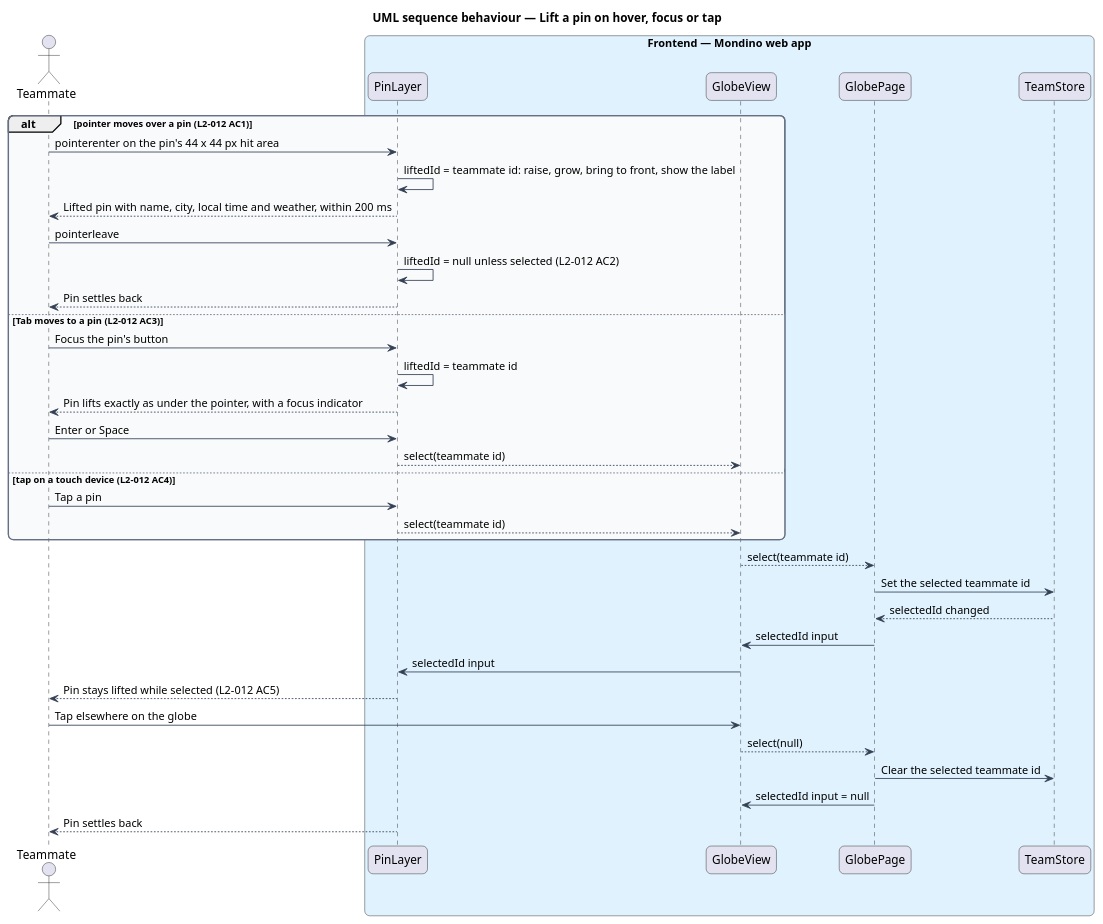
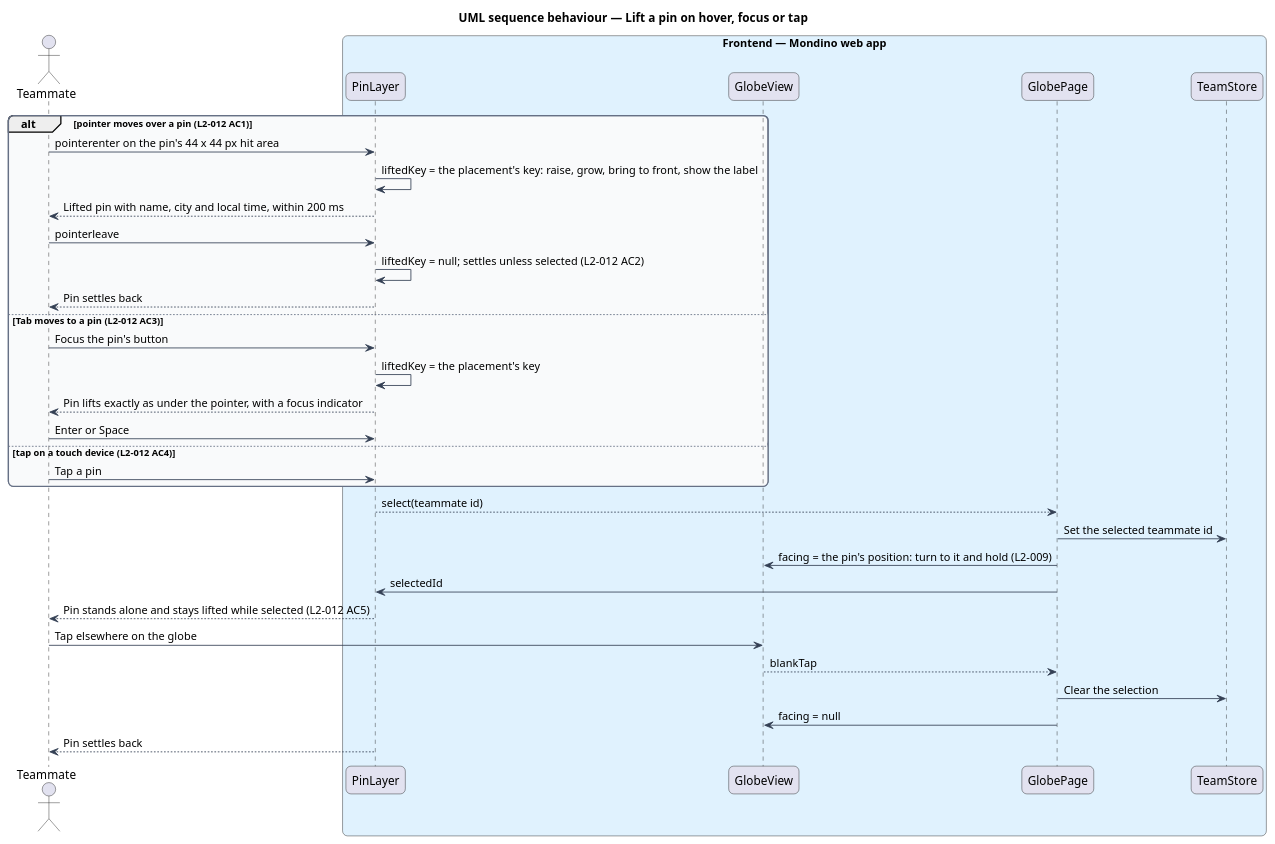
Before and after one commit to QuinntyneBrown/Mondino: the diagram in docs/detailed-designs/globe/show-pins/diagrams/sequence-lift-pin.puml, drawn with PlantUML. The commit also changed 21 other files, not shown here.

```diff
--- a/docs/detailed-designs/globe/show-pins/diagrams/sequence-lift-pin.puml
+++ b/docs/detailed-designs/globe/show-pins/diagrams/sequence-lift-pin.puml
@@ -1,52 +1,49 @@
 @startuml
 title UML sequence behaviour — Lift a pin on hover, focus or tap
 skinparam backgroundColor #FFFFFF
 skinparam shadowing false
 skinparam roundcorner 12
 skinparam defaultFontName Arial
 skinparam ArrowColor #344054
 skinparam rectangle {
   BorderColor #344054
   FontColor #101828
 }
 skinparam package {
   BorderColor #667085
   FontColor #101828
   BackgroundColor #F9FAFB
 }
 actor "Teammate" as actor
 box "Frontend — Mondino web app" #E0F2FE
   participant "PinLayer" as layer
   participant "GlobeView" as view
   participant "GlobePage" as page
   participant "TeamStore" as store
 end box
 alt pointer moves over a pin (L2-012 AC1)
   actor -> layer : pointerenter on the pin's 44 x 44 px hit area
-  layer -> layer : liftedId = teammate id: raise, grow, bring to front, show the label
-  layer --> actor : Lifted pin with name, city, local time and weather, within 200 ms
+  layer -> layer : liftedKey = the placement's key: raise, grow, bring to front, show the label
+  layer --> actor : Lifted pin with name, city and local time, within 200 ms
   actor -> layer : pointerleave
-  layer -> layer : liftedId = null unless selected (L2-012 AC2)
+  layer -> layer : liftedKey = null; settles unless selected (L2-012 AC2)
   layer --> actor : Pin settles back
 else Tab moves to a pin (L2-012 AC3)
   actor -> layer : Focus the pin's button
-  layer -> layer : liftedId = teammate id
+  layer -> layer : liftedKey = the placement's key
   layer --> actor : Pin lifts exactly as under the pointer, with a focus indicator
   actor -> layer : Enter or Space
-  layer --> view : select(teammate id)
 else tap on a touch device (L2-012 AC4)
   actor -> layer : Tap a pin
-  layer --> view : select(teammate id)
 end
-view --> page : select(teammate id)
+layer --> page : select(teammate id)
 page -> store : Set the selected teammate id
-store --> page : selectedId changed
-page -> view : selectedId input
-view -> layer : selectedId input
-layer --> actor : Pin stays lifted while selected (L2-012 AC5)
+page -> view : facing = the pin's position: turn to it and hold (L2-009)
+page -> layer : selectedId
+layer --> actor : Pin stands alone and stays lifted while selected (L2-012 AC5)
 actor -> view : Tap elsewhere on the globe
-view --> page : select(null)
-page -> store : Clear the selected teammate id
-page -> view : selectedId input = null
+view --> page : blankTap
+page -> store : Clear the selection
+page -> view : facing = null
 layer --> actor : Pin settles back
 @enduml
```
